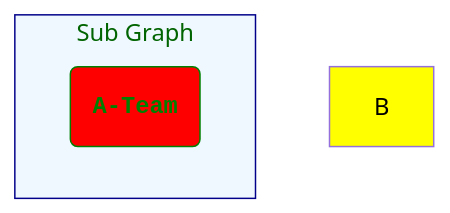
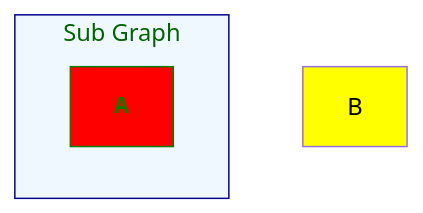
One commit to jrcs3/Mermaid-Demo changed the first of 9 diagrams in style.md. Above: the diagram before and after it, drawn with Mermaid. The commit also changed other lines of this file and 1 other file, not shown here.

Commit message:
Desperation tweeks

````diff
--- a/style.md
+++ b/style.md
@@ -19,13 +19,13 @@
 ``` mermaid
 graph TB
  %% styles
   style A fill:red,color:green,font-weight:bold,stroke:green,font-family:monospace
   style B fill:yellow,color:black
   style sg fill:aliceblue,color:darkgreen,stroke:darkblue
 
   %% Nodes
   subgraph sg[Sub Graph]
-  A(A-Team)
+  A
   end
   B
 ```
````
